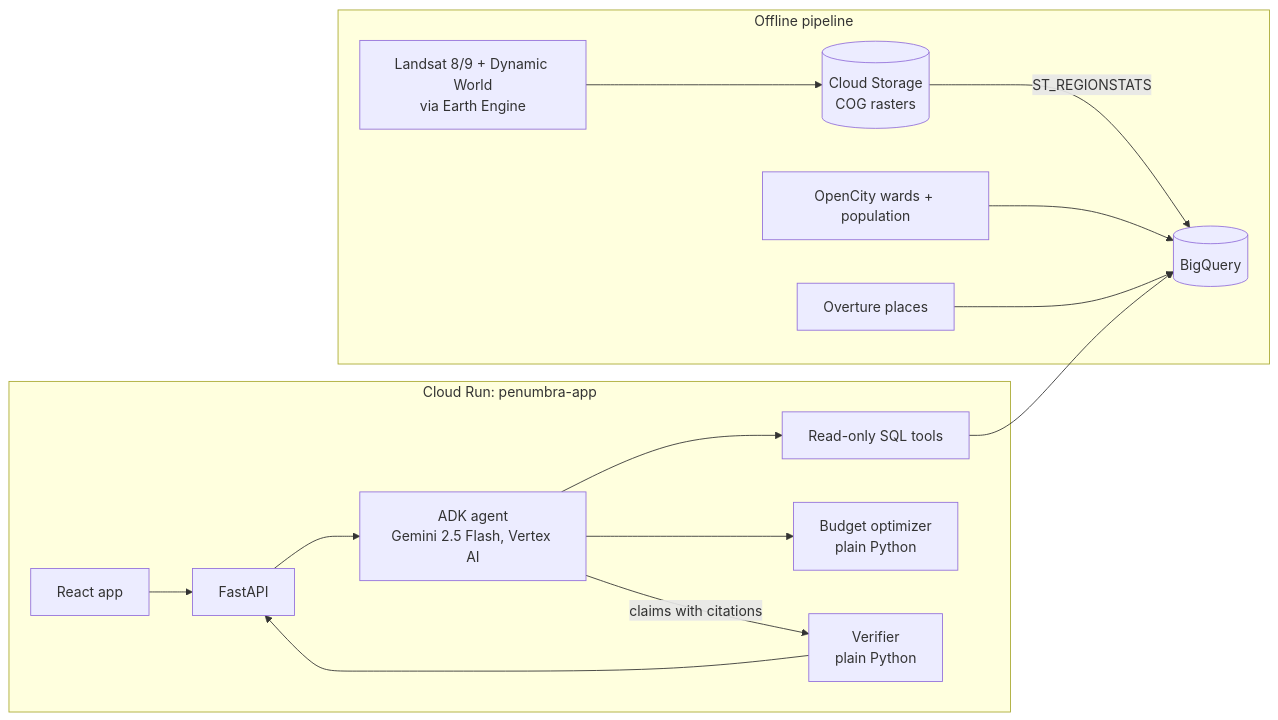
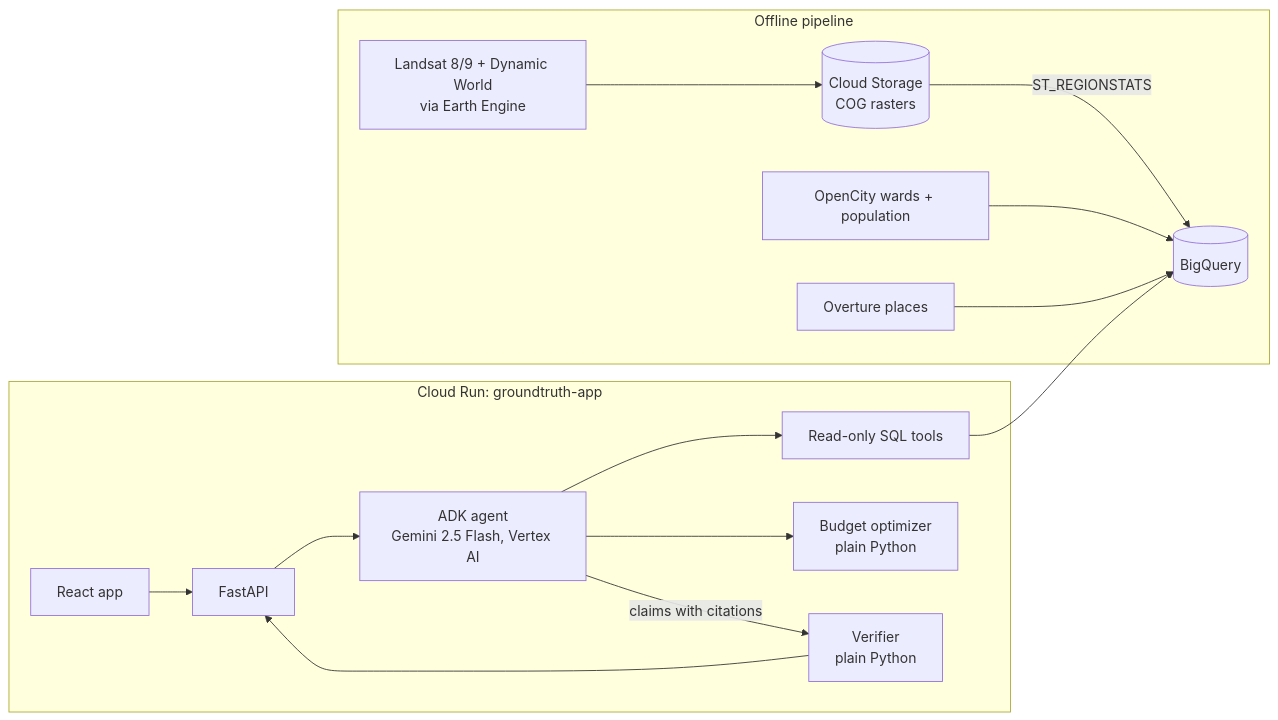
The diagram in README.md (mohithhhh/Groundtruth), drawn with Mermaid before and after one commit. The commit also changed other lines of this file and 2 other files, not shown here.

First line of the commit message:
Update live service URL to groundtruth-app

````diff
--- a/README.md
+++ b/README.md
@@ -81,17 +81,17 @@
 ```mermaid
 flowchart LR
   subgraph Offline["Offline pipeline"]
     L[Landsat 8/9 + Dynamic World<br/>via Earth Engine] --> COG[(Cloud Storage<br/>COG rasters)]
     COG -->|ST_REGIONSTATS| BQ[(BigQuery)]
     OC[OpenCity wards + population] --> BQ
     OV[Overture places] --> BQ
   end
-  subgraph Run["Cloud Run: penumbra-app"]
+  subgraph Run["Cloud Run: groundtruth-app"]
     WEB[React app] --> API[FastAPI]
     API --> AG[ADK agent<br/>Gemini 2.5 Flash, Vertex AI]
     AG --> T[Read-only SQL tools] --> BQ
     AG --> OPT[Budget optimizer<br/>plain Python]
     AG -->|claims with citations| V[Verifier<br/>plain Python]
     V --> API
   end
 ```
````
